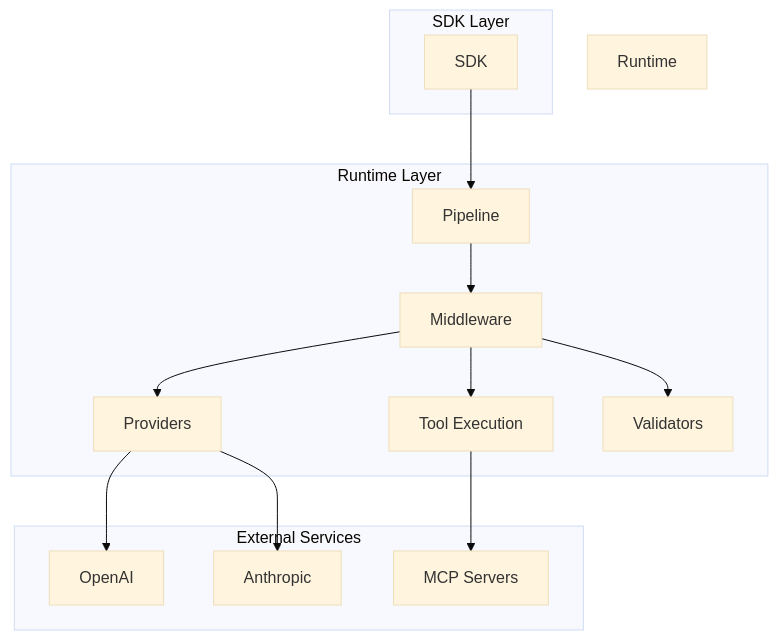
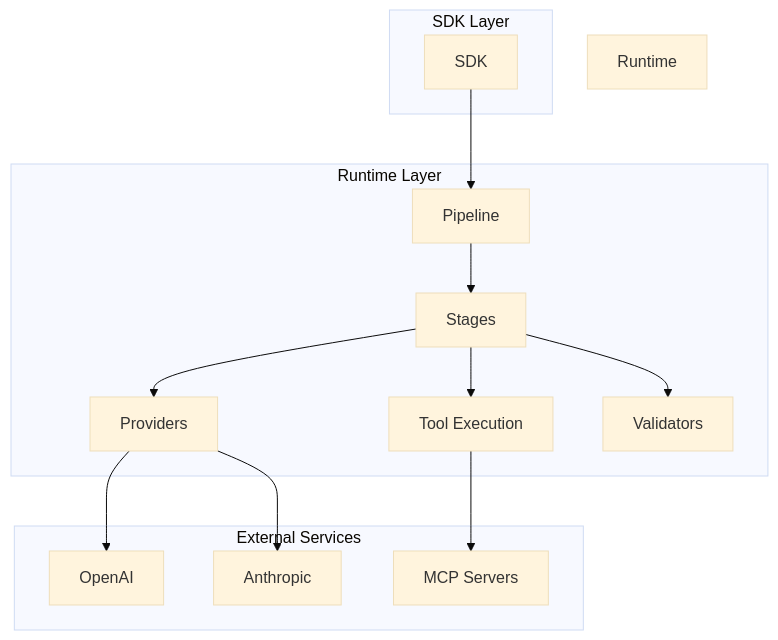
One commit to AltairaLabs/PromptKit changed the diagram in docs/src/content/runtime/index.md. Above: the diagram before and after it, drawn with Mermaid (base theme). The commit also changed other lines of this file and 21 other files, not shown here.

````diff
--- a/docs/src/content/runtime/index.md
+++ b/docs/src/content/runtime/index.md
@@ -169,32 +187,32 @@
 ```mermaid
 graph TB
     subgraph "SDK Layer"
         SDK[SDK]
     end
-    
+
     subgraph "Runtime Layer"
         Pipeline[Pipeline]
-        Middleware[Middleware]
+        Stages[Stages]
         Providers[Providers]
         Tools[Tool Execution]
         Validators[Validators]
     end
-    
+
     subgraph "External Services"
         OpenAI[OpenAI]
         Anthropic[Anthropic]
         MCP[MCP Servers]
     end
-    
+
     SDK --> Pipeline
-    Pipeline --> Middleware
-    Middleware --> Providers
-    Middleware --> Tools
-    Middleware --> Validators
-    
+    Pipeline --> Stages
+    Stages --> Providers
+    Stages --> Tools
+    Stages --> Validators
+
     Providers --> OpenAI
     Providers --> Anthropic
     Tools --> MCP
-    
+
     style Runtime Layer fill:#f3e5f5
 ```
````
